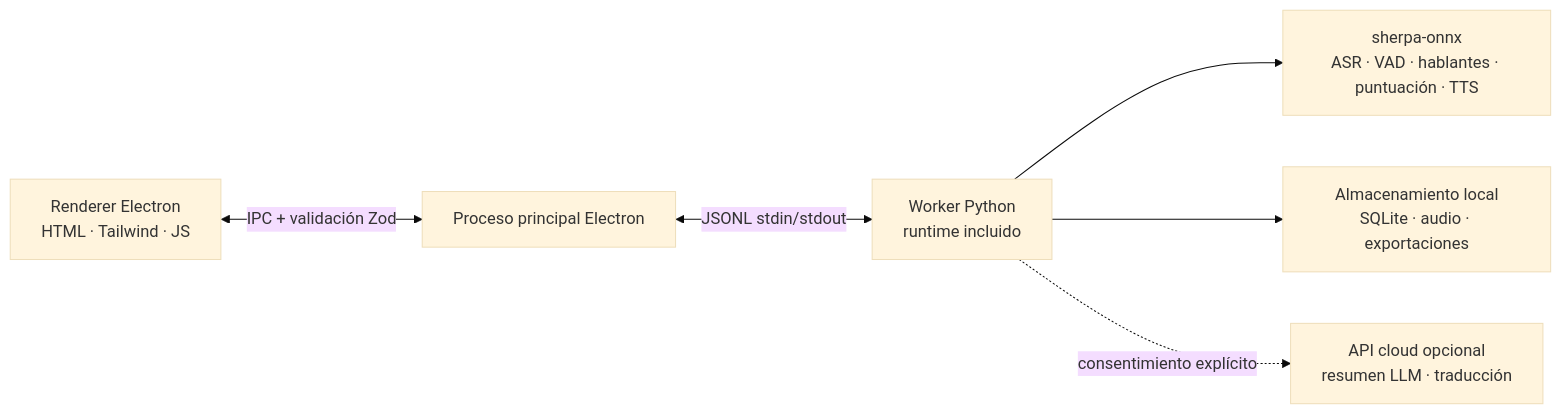
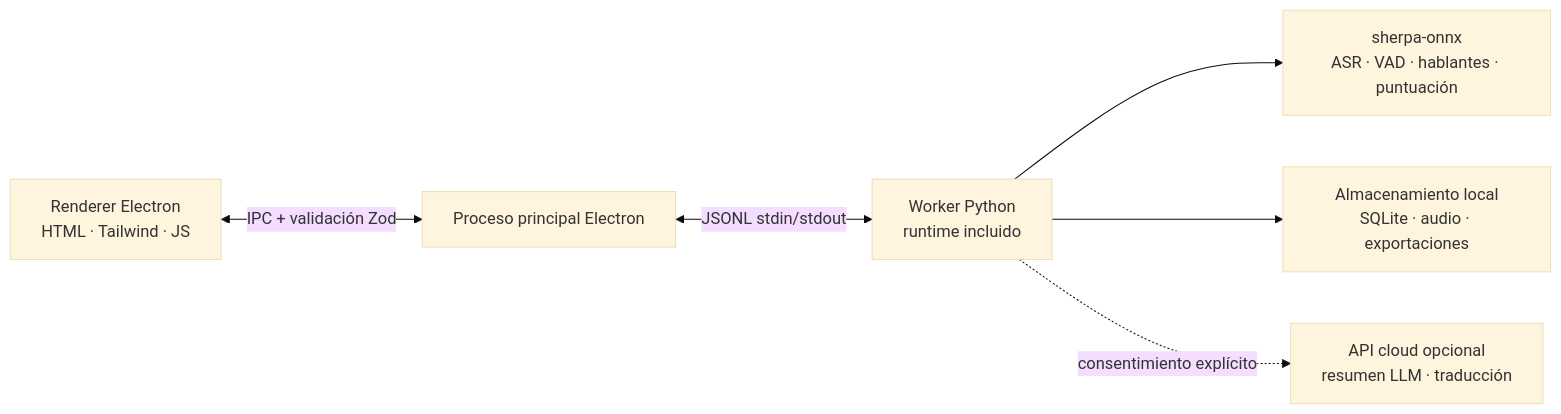
Before and after one commit to zerolovesea/Brevia: the diagram in docs/README.es.md, drawn with Mermaid (base theme). The commit also changed other lines of this file and 47 other files, not shown here.

````diff
--- a/docs/README.es.md
+++ b/docs/README.es.md
@@ -78,8 +77,8 @@
 ```mermaid
 flowchart LR
   A[Renderer Electron<br/>HTML · Tailwind · JS] <-->|IPC + validación Zod| B[Proceso principal Electron]
   B <-->|JSONL stdin/stdout| C[Worker Python<br/>runtime incluido]
-  C --> D[sherpa-onnx<br/>ASR · VAD · hablantes · puntuación · TTS]
+  C --> D[sherpa-onnx<br/>ASR · VAD · hablantes · puntuación]
   C --> E[Almacenamiento local<br/>SQLite · audio · exportaciones]
   C -. consentimiento explícito .-> F[API cloud opcional<br/>resumen LLM · traducción]
 ```
````
